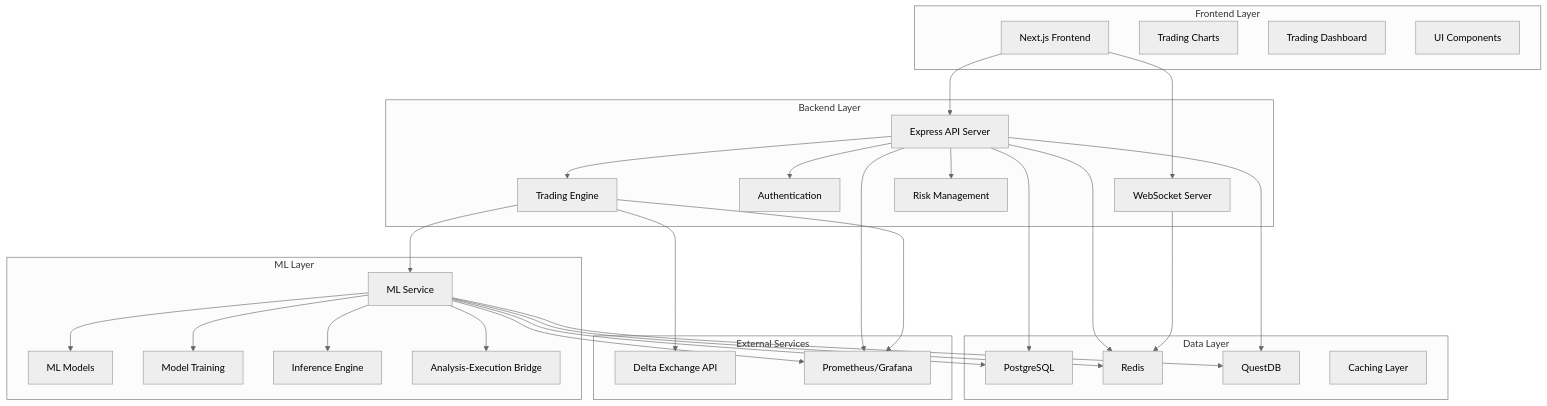
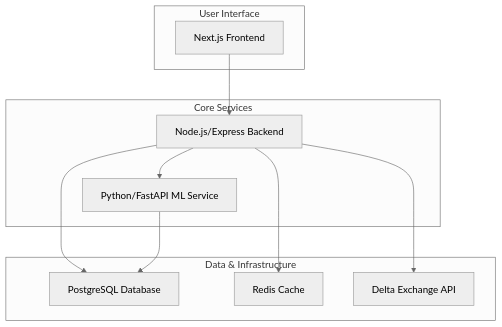
The diagram in docs/ARCHITECTURE.md (abhaskumarrr/SmartMarketOOPS), drawn with Mermaid (neutral theme) before and after one commit. The commit also changed other lines of this file and 352 other files, not shown here.

````diff
--- a/docs/ARCHITECTURE.md
+++ b/docs/ARCHITECTURE.md
@@ -13,59 +13,24 @@
 ```mermaid
 graph TD
-    subgraph "Frontend Layer"
-        FE[Next.js Frontend]
-        Charts[Trading Charts]
-        Dashboard[Trading Dashboard]
-        UI[UI Components]
+    subgraph "User Interface"
+        Frontend[Next.js Frontend]
     end
 
-    subgraph "Backend Layer"
-        API[Express API Server]
-        WS[WebSocket Server]
-        Auth[Authentication]
-        Trading[Trading Engine]
-        Risk[Risk Management]
+    subgraph "Core Services"
+        Backend[Node.js/Express Backend]
+        ML_Service[Python/FastAPI ML Service]
     end
 
-    subgraph "ML Layer"
-        ML[ML Service]
-        Models[ML Models]
-        Training[Model Training]
-        Inference[Inference Engine]
-        Bridge[Analysis-Execution Bridge]
+    subgraph "Data & Infrastructure"
+        Postgres[PostgreSQL Database]
+        Redis[Redis Cache]
+        Exchange[Delta Exchange API]
     end
 
-    subgraph "Data Layer"
-        Postgres[PostgreSQL]
-        Redis[Redis]
-        QuestDB[QuestDB]
-        Cache[Caching Layer]
-    end
-
-    subgraph "External Services"
-        Delta[Delta Exchange API]
-        Monitoring[Prometheus/Grafana]
-    end
-
-    FE --> API
-    FE --> WS
-    API --> Trading
-    API --> Auth
-    API --> Risk
-    Trading --> ML
-    Trading --> Delta
-    ML --> Models
-    ML --> Training
-    ML --> Inference
-    ML --> Bridge
-    API --> Postgres
-    API --> Redis
-    API --> QuestDB
-    ML --> Postgres
-    ML --> Redis
-    ML --> QuestDB
-    WS --> Redis
-    API --> Monitoring
-    ML --> Monitoring
-    Trading --> Monitoring
+    Frontend --> Backend
+    Backend --> ML_Service
+    Backend --> Postgres
+    Backend --> Redis
+    Backend --> Exchange
+    ML_Service --> Postgres
 ```
````
